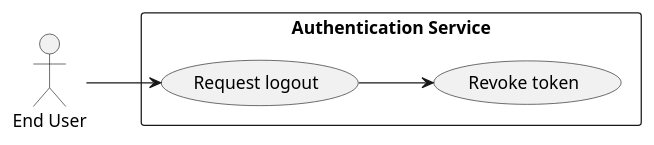
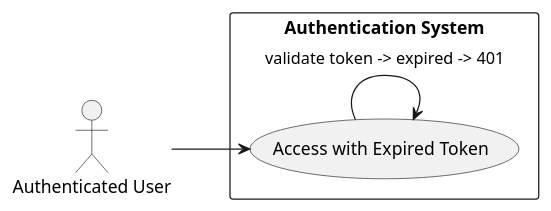
The seventh of 9 diagrams in .propel/context/docs/spec.md (Hadiya-Kanini/Demo), drawn with PlantUML before and after one commit. The commit also changed other lines of this file, not shown here.

````diff
--- a/.propel/context/docs/spec.md
+++ b/.propel/context/docs/spec.md
@@ -347,16 +343,13 @@
 ```plantuml
 @startuml
 left to right direction
 skinparam packageStyle rectangle
 
-actor "End User" as EndUser
-
-rectangle "Authentication Service" {
-  usecase (Request logout) as UC1
-  usecase (Revoke token) as UC2
+actor "Authenticated User" as User
+rectangle "Authentication System" {
+  usecase (Access with Expired Token) as UC7
 }
-
-EndUser --> UC1
-UC1 --> UC2
+User --> UC7
+UC7 --> UC7 : validate token -> expired -> 401
 @enduml
 ```
````
